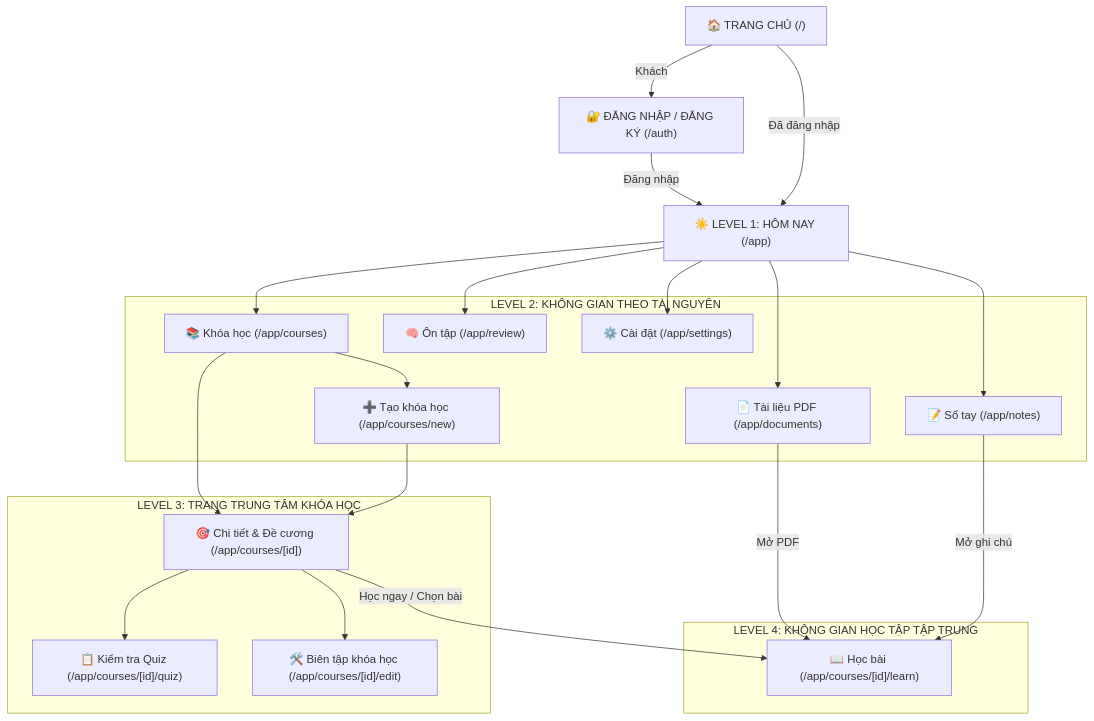
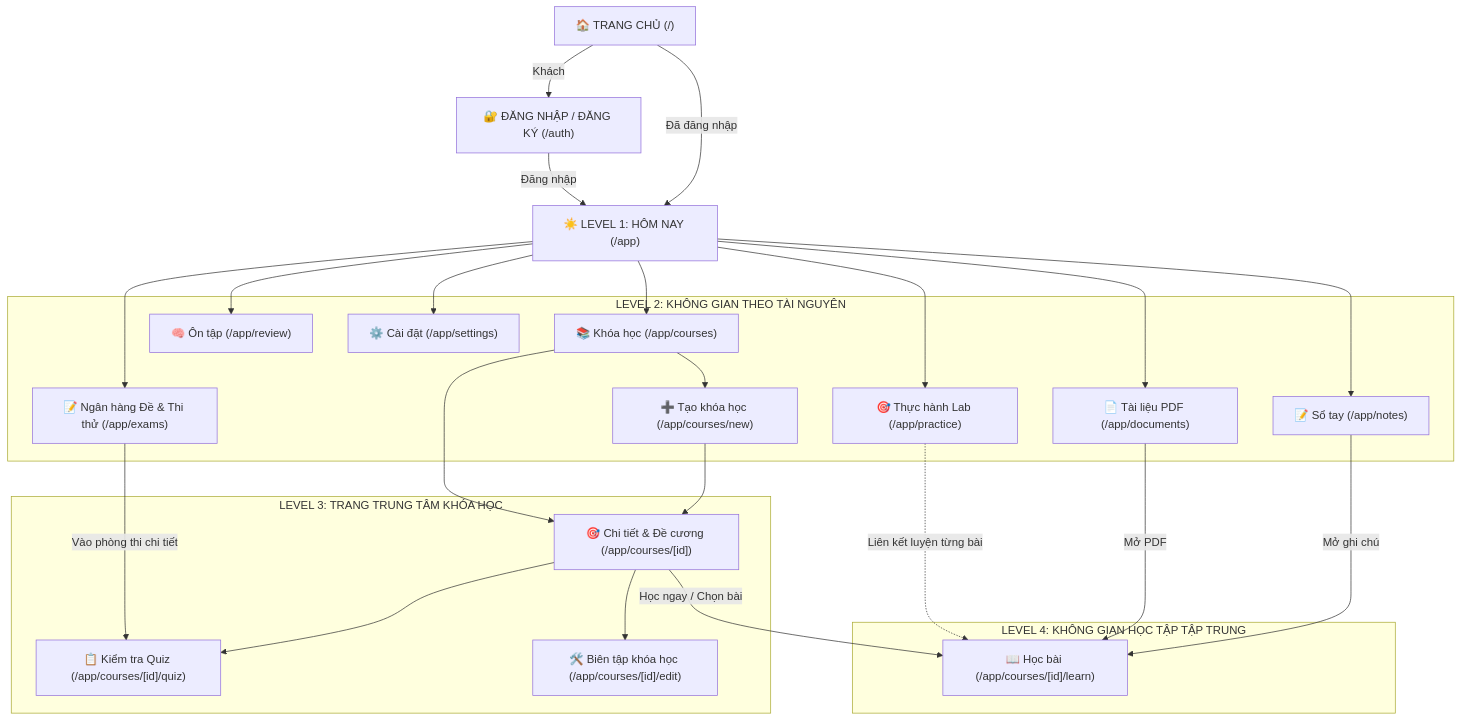
One commit to Tqson3118/SWMS changed the diagram in docs/SITEMAP.md. Above: the diagram before and after it, drawn with Mermaid. The commit also changed other lines of this file and 94 other files, not shown here.

First line of the commit message:
feat(studxy): complete course lifecycle upgrade, UI/UX polish, labs, exams & E2E verification

````diff
--- a/docs/SITEMAP.md
+++ b/docs/SITEMAP.md
@@ -12,45 +12,51 @@
 ```mermaid
 flowchart TD
     Home["🏠 TRANG CHỦ (/)"]
     Auth["🔐 ĐĂNG NHẬP / ĐĂNG KÝ (/auth)"]
     Today["☀️ LEVEL 1: HÔM NAY (/app)"]
 
     Home -->|Khách| Auth
     Auth -->|Đăng nhập| Today
     Home -->|Đã đăng nhập| Today
 
     subgraph Level2["LEVEL 2: KHÔNG GIAN THEO TÀI NGUYÊN"]
         Courses["📚 Khóa học (/app/courses)"]
         CourseNew["➕ Tạo khóa học (/app/courses/new)"]
+        Practice["🎯 Thực hành Lab (/app/practice)"]
+        Exams["📝 Ngân hàng Đề & Thi thử (/app/exams)"]
         Docs["📄 Tài liệu PDF (/app/documents)"]
         Notes["📝 Sổ tay (/app/notes)"]
         Review["🧠 Ôn tập (/app/review)"]
         Settings["⚙️ Cài đặt (/app/settings)"]
     end
 
     Today --> Courses
+    Today --> Practice
+    Today --> Exams
     Today --> Docs
     Today --> Notes
     Today --> Review
     Today --> Settings
     Courses --> CourseNew
+    Practice -.->|Liên kết luyện từng bài| Learn
+    Exams -->|Vào phòng thi chi tiết| CourseQuiz
 
     subgraph Level3["LEVEL 3: TRANG TRUNG TÂM KHÓA HỌC"]
         CourseHub["🎯 Chi tiết & Đề cương (/app/courses/[id])"]
         CourseQuiz["📋 Kiểm tra Quiz (/app/courses/[id]/quiz)"]
         CourseEdit["🛠️ Biên tập khóa học (/app/courses/[id]/edit)"]
     end
 
     Courses --> CourseHub
     CourseNew --> CourseHub
     CourseHub --> CourseQuiz
     CourseHub --> CourseEdit
 
     subgraph Level4["LEVEL 4: KHÔNG GIAN HỌC TẬP TẬP TRUNG"]
         Learn["📖 Học bài (/app/courses/[id]/learn)"]
     end
 
     CourseHub -->|Học ngay / Chọn bài| Learn
     Docs -->|Mở PDF| Learn
     Notes -->|Mở ghi chú| Learn
 ```
````
